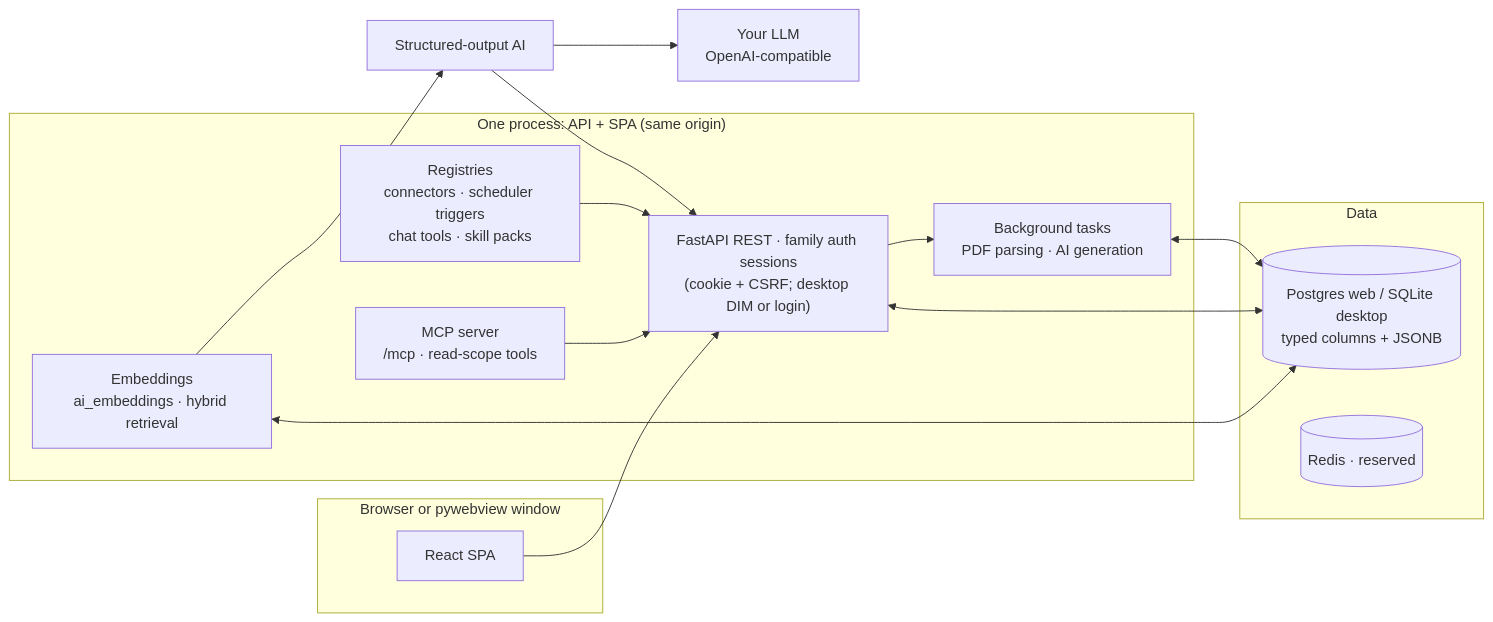
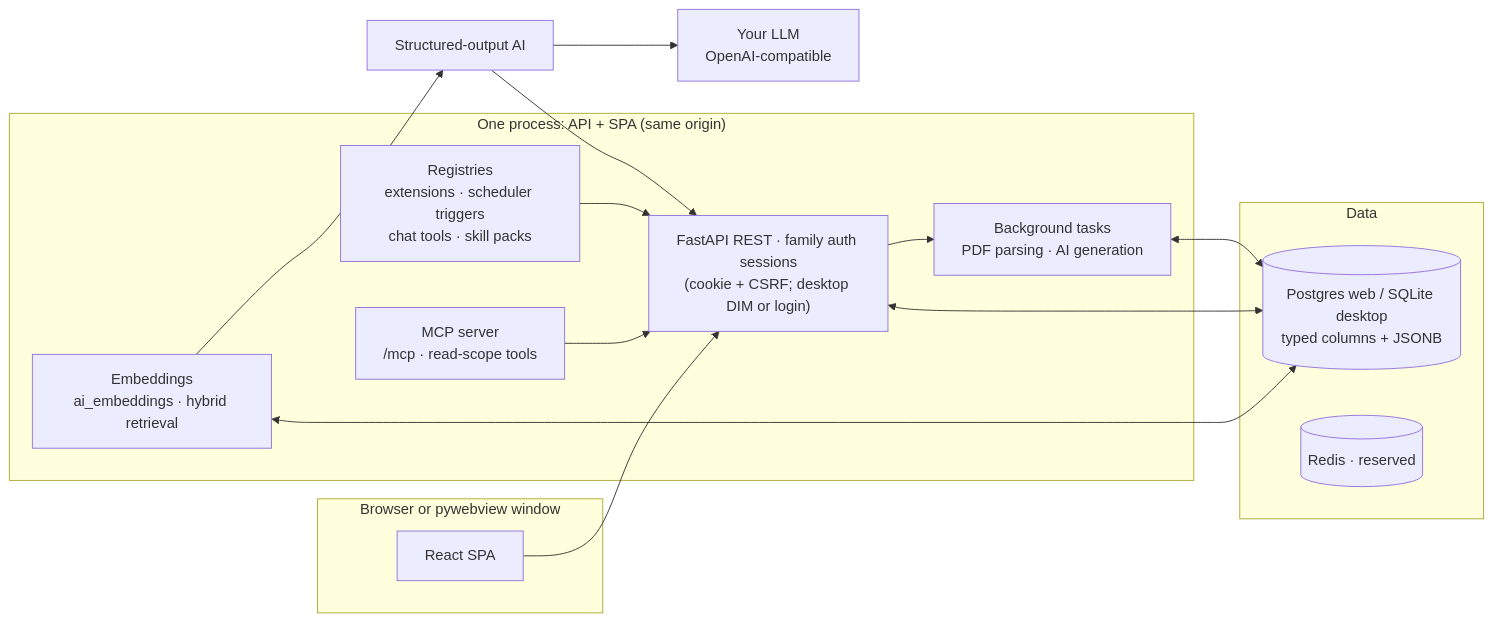
One commit to neuronection/career-assistant changed the diagram in docs/dev/architecture.md. Above: the diagram before and after it, drawn with Mermaid. The commit also changed other lines of this file and 24 other files, not shown here.

Commit message:
refactor(extensions): connectors converge to the D24 subsystem home — app/extensions/ (sdk, registry, builtin) + guarded web-search adapters + MCP-bridge lifecycle; warning-level structure probe lands (plan 32 Phase 1 / ADR-0040)

````diff
--- a/docs/dev/architecture.md
+++ b/docs/dev/architecture.md
@@ -27,29 +27,29 @@
 ```mermaid
 flowchart LR
     subgraph Client["Browser or pywebview window"]
         FE[React SPA]
     end
     subgraph Server["One process: API + SPA (same origin)"]
         API["FastAPI REST · family auth sessions<br/>(cookie + CSRF; desktop DIM or login)"]
         BG[Background tasks<br/>PDF parsing · AI generation]
-        REG[Registries<br/>connectors · scheduler triggers<br/>chat tools · skill packs]
+        REG[Registries<br/>extensions · scheduler triggers<br/>chat tools · skill packs]
         MCP[MCP server<br/>/mcp · read-scope tools]
         EMB[Embeddings<br/>ai_embeddings · hybrid retrieval]
     end
     subgraph Data
         DB[(Postgres web / SQLite desktop<br/>typed columns + JSONB)]
         RQ[(Redis · reserved)]
     end
     LLM[Your LLM<br/>OpenAI-compatible]
 
     FE --> API
     API <--> DB
     API --> BG
     BG <--> DB
     REG --> API
     AG[Structured-output AI] --> LLM
     AG --> API
     MCP --> API
     EMB <--> DB
     EMB --> AG
 ```
````
